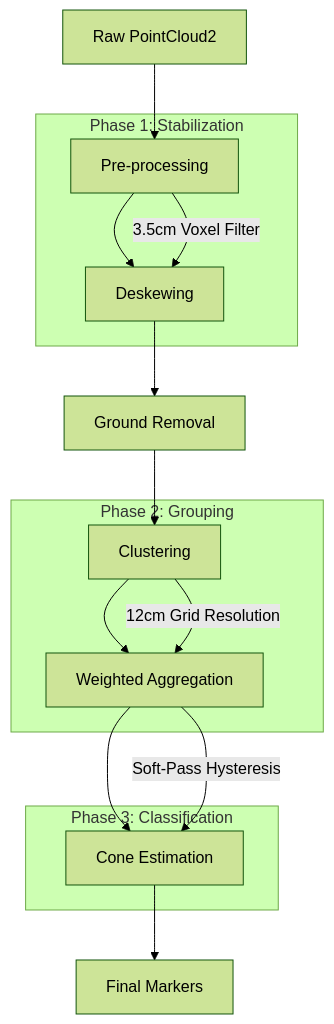
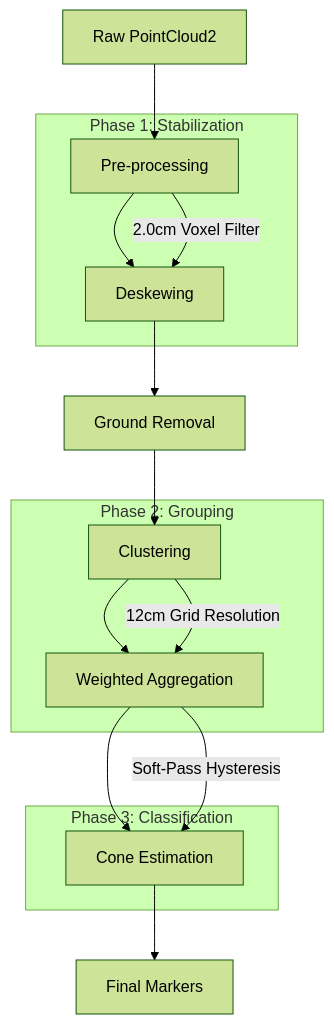
Before and after one commit to lorefargio/Lidar_based_Cone_Detection: the diagram in docs/architecture.md, drawn with Mermaid (forest theme). The commit also changed other lines of this file and 22 other files, not shown here.

````diff
--- a/docs/architecture.md
+++ b/docs/architecture.md
@@ -9,22 +9,22 @@
 ```mermaid
 graph TD
     A[Raw PointCloud2] --> B[Pre-processing]
     B --> C[Deskewing]
     C --> D[Ground Removal]
     D --> E[Clustering]
     E --> F[Weighted Aggregation]
     F --> G[Cone Estimation]
     G --> H[Final Markers]
 
     subgraph "Phase 1: Stabilization"
-        B -- "3.5cm Voxel Filter" --> C
+        B -- "2.0cm Voxel Filter" --> C
     end
 
     subgraph "Phase 2: Grouping"
         E -- "12cm Grid Resolution" --> F
     end
 
     subgraph "Phase 3: Classification"
         F -- "Soft-Pass Hysteresis" --> G
     end
 ```
````
